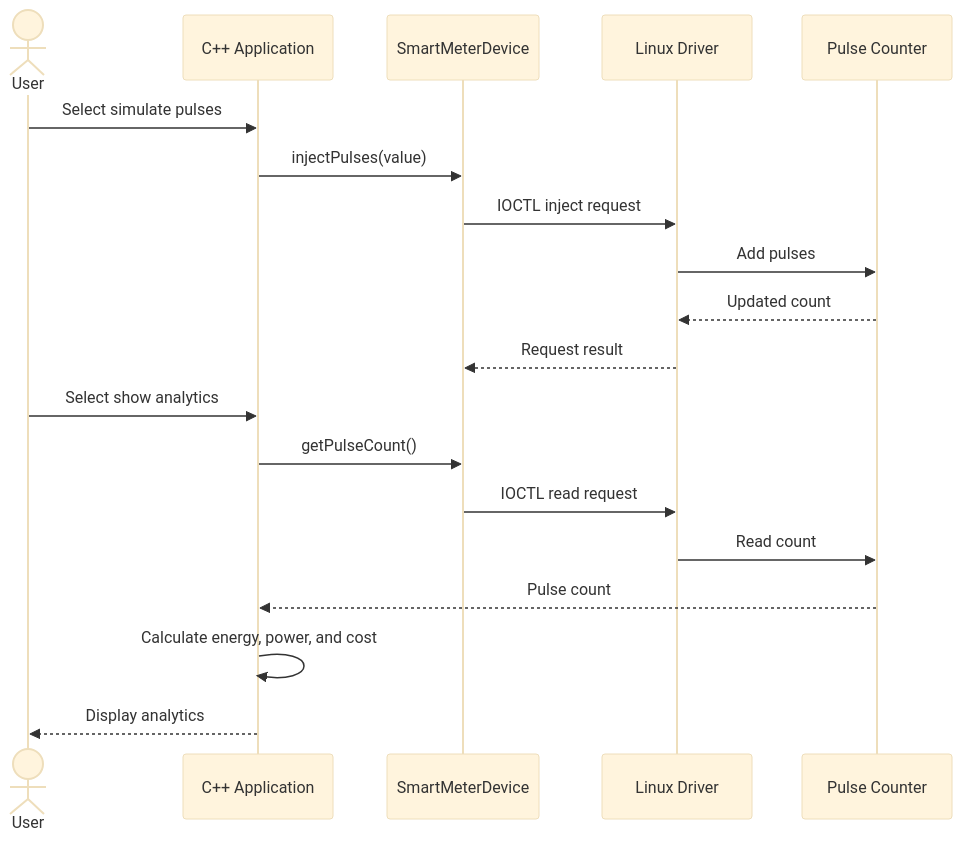
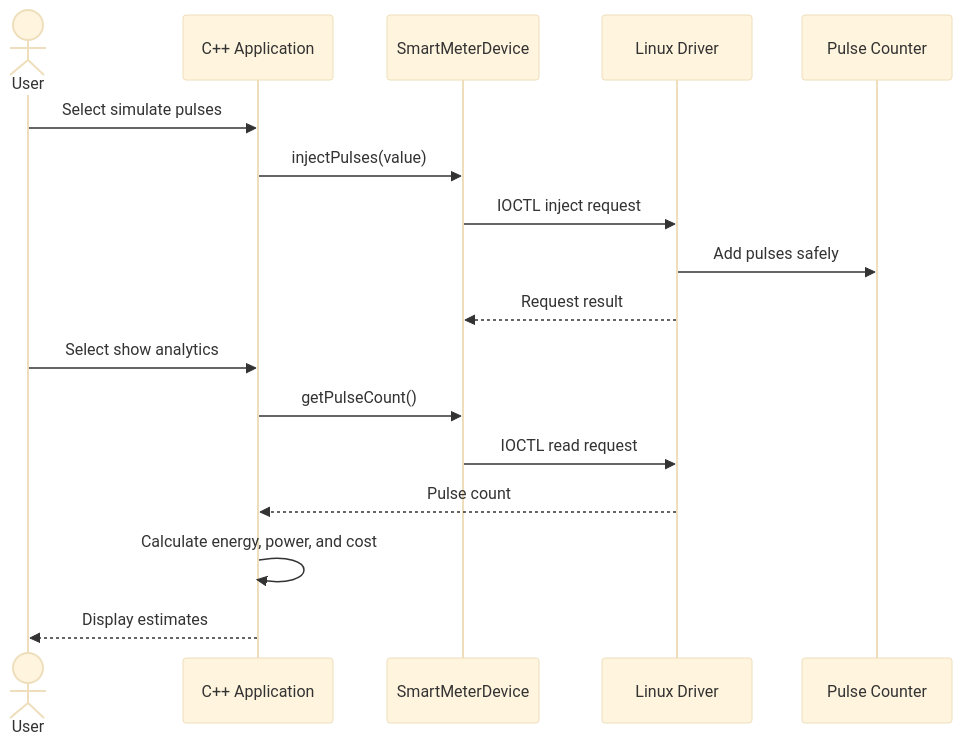
One commit to smrutiranjanbehera08/smart-energy-smart-meter-pulse-counter-analytics-agent changed the third of 3 diagrams in README.md. Above: the diagram before and after it, drawn with Mermaid (base theme). The commit also changed other lines of this file, not shown here.

````diff
--- a/README.md
+++ b/README.md
@@ -80,22 +76,19 @@
 ```mermaid
 sequenceDiagram
     actor User
     participant App as C++ Application
     participant Device as SmartMeterDevice
     participant Driver as Linux Driver
     participant Counter as Pulse Counter
-
     User->>App: Select simulate pulses
     App->>Device: injectPulses(value)
     Device->>Driver: IOCTL inject request
-    Driver->>Counter: Add pulses
-    Counter-->>Driver: Updated count
+    Driver->>Counter: Add pulses safely
     Driver-->>Device: Request result
     User->>App: Select show analytics
     App->>Device: getPulseCount()
     Device->>Driver: IOCTL read request
-    Driver->>Counter: Read count
-    Counter-->>App: Pulse count
+    Driver-->>App: Pulse count
     App->>App: Calculate energy, power, and cost
-    App-->>User: Display analytics
+    App-->>User: Display estimates
 ```
````
